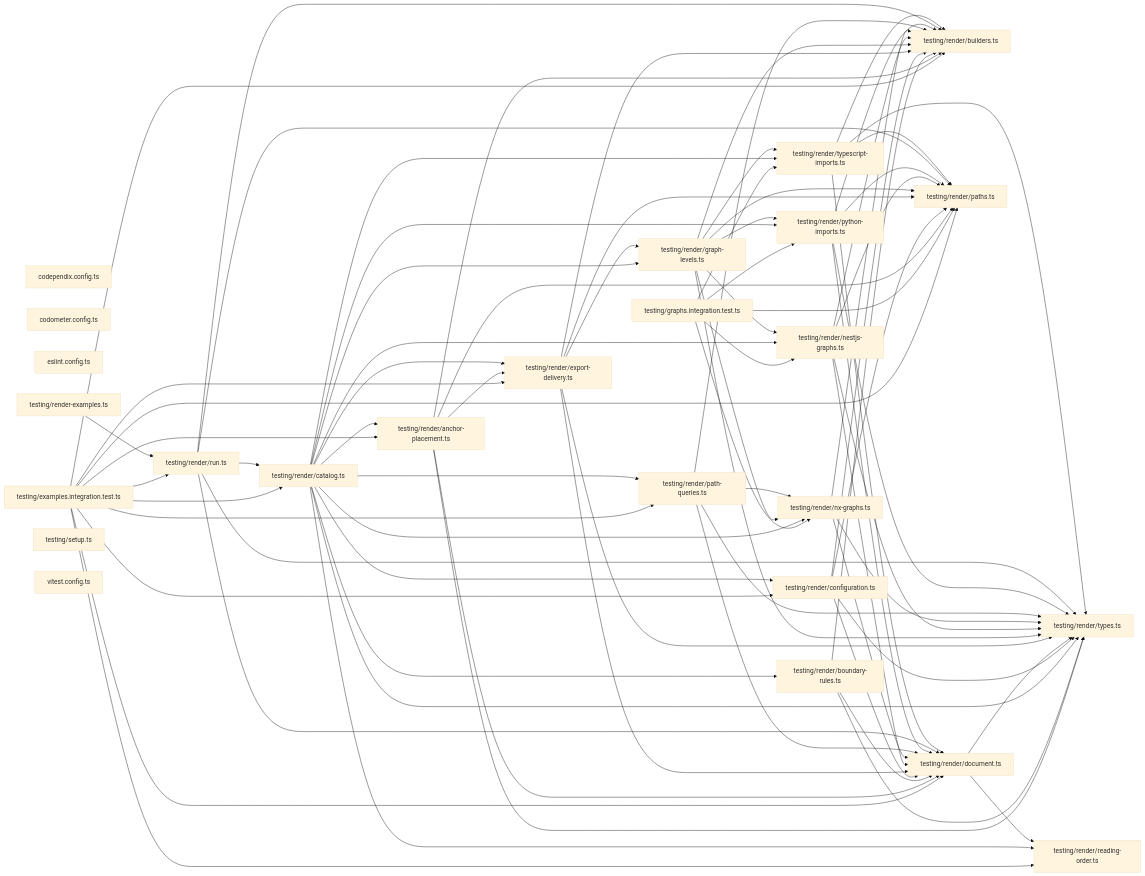
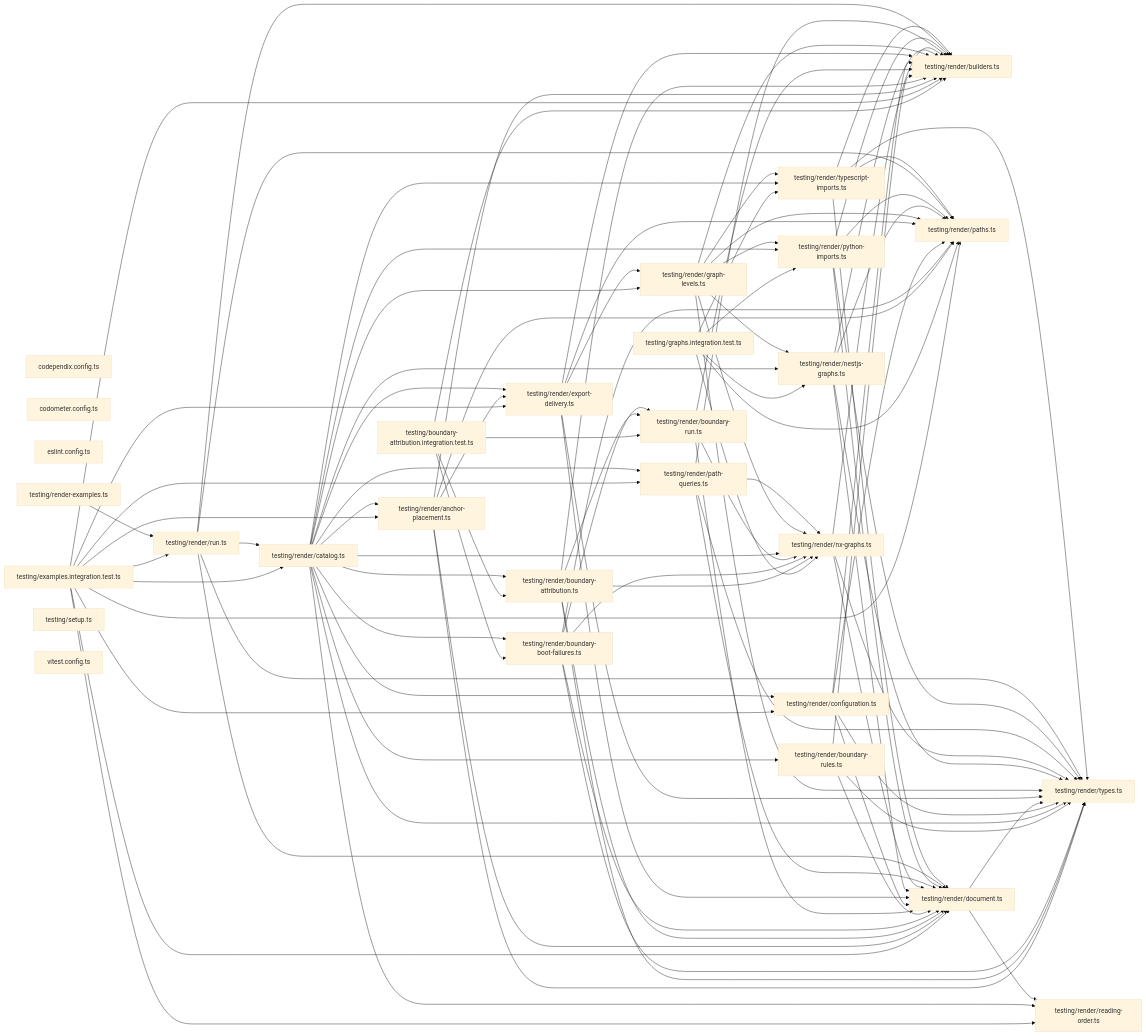
One commit to Organizzolini/codebase changed the second of 2 diagrams in packages/ic-suite/codependix/codependix-examples/README.md. Above: the diagram before and after it, drawn with Mermaid (base theme). The commit also changed other lines of this file and 20 other files, not shown here.

First line of the commit message:
docs(codependix): 📝 add an example for each boundary attribution rule (#1419)

```diff
--- a/packages/ic-suite/codependix/codependix-examples/README.md
+++ b/packages/ic-suite/codependix/codependix-examples/README.md
@@ -227,11 +231,15 @@
   file_codependix_config_ts["codependix.config.ts"]
   file_codometer_config_ts["codometer.config.ts"]
   file_eslint_config_ts["eslint.config.ts"]
+  file_testing_boundary_attribution_integration_test_ts["testing/boundary-attribution.integration.test.ts"]
   file_testing_examples_integration_test_ts["testing/examples.integration.test.ts"]
   file_testing_graphs_integration_test_ts["testing/graphs.integration.test.ts"]
   file_testing_render_examples_ts["testing/render-examples.ts"]
   file_testing_render_anchor_placement_ts["testing/render/anchor-placement.ts"]
+  file_testing_render_boundary_attribution_ts["testing/render/boundary-attribution.ts"]
+  file_testing_render_boundary_boot_failures_ts["testing/render/boundary-boot-failures.ts"]
   file_testing_render_boundary_rules_ts["testing/render/boundary-rules.ts"]
+  file_testing_render_boundary_run_ts["testing/render/boundary-run.ts"]
   file_testing_render_builders_ts["testing/render/builders.ts"]
   file_testing_render_catalog_ts["testing/render/catalog.ts"]
   file_testing_render_configuration_ts["testing/render/configuration.ts"]
@@ -249,6 +257,10 @@
   file_testing_render_typescript_imports_ts["testing/render/typescript-imports.ts"]
   file_testing_setup_ts["testing/setup.ts"]
   file_vitest_config_ts["vitest.config.ts"]
+  file_testing_boundary_attribution_integration_test_ts --> file_testing_render_boundary_attribution_ts
+  file_testing_boundary_attribution_integration_test_ts --> file_testing_render_boundary_boot_failures_ts
+  file_testing_boundary_attribution_integration_test_ts --> file_testing_render_boundary_run_ts
+  file_testing_boundary_attribution_integration_test_ts --> file_testing_render_builders_ts
   file_testing_examples_integration_test_ts --> file_testing_render_anchor_placement_ts
   file_testing_examples_integration_test_ts --> file_testing_render_builders_ts
   file_testing_examples_integration_test_ts --> file_testing_render_catalog_ts
@@ -270,10 +282,25 @@
   file_testing_render_anchor_placement_ts --> file_testing_render_export_delivery_ts
   file_testing_render_anchor_placement_ts --> file_testing_render_paths_ts
   file_testing_render_anchor_placement_ts --> file_testing_render_types_ts
+  file_testing_render_boundary_attribution_ts --> file_testing_render_boundary_run_ts
+  file_testing_render_boundary_attribution_ts --> file_testing_render_builders_ts
+  file_testing_render_boundary_attribution_ts --> file_testing_render_document_ts
+  file_testing_render_boundary_attribution_ts --> file_testing_render_nx_graphs_ts
+  file_testing_render_boundary_attribution_ts --> file_testing_render_types_ts
+  file_testing_render_boundary_boot_failures_ts --> file_testing_render_boundary_run_ts
+  file_testing_render_boundary_boot_failures_ts --> file_testing_render_document_ts
+  file_testing_render_boundary_boot_failures_ts --> file_testing_render_nx_graphs_ts
+  file_testing_render_boundary_boot_failures_ts --> file_testing_render_paths_ts
+  file_testing_render_boundary_boot_failures_ts --> file_testing_render_types_ts
   file_testing_render_boundary_rules_ts --> file_testing_render_builders_ts
   file_testing_render_boundary_rules_ts --> file_testing_render_document_ts
   file_testing_render_boundary_rules_ts --> file_testing_render_types_ts
+  file_testing_render_boundary_run_ts --> file_testing_render_builders_ts
+  file_testing_render_boundary_run_ts --> file_testing_render_document_ts
+  file_testing_render_boundary_run_ts --> file_testing_render_nx_graphs_ts
   file_testing_render_catalog_ts --> file_testing_render_anchor_placement_ts
+  file_testing_render_catalog_ts --> file_testing_render_boundary_attribution_ts
+  file_testing_render_catalog_ts --> file_testing_render_boundary_boot_failures_ts
   file_testing_render_catalog_ts --> file_testing_render_boundary_rules_ts
   file_testing_render_catalog_ts --> file_testing_render_configuration_ts
   file_testing_render_catalog_ts --> file_testing_render_export_delivery_ts
```
